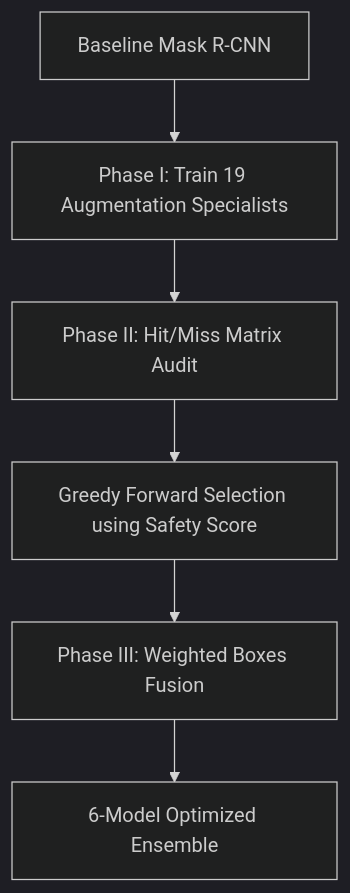
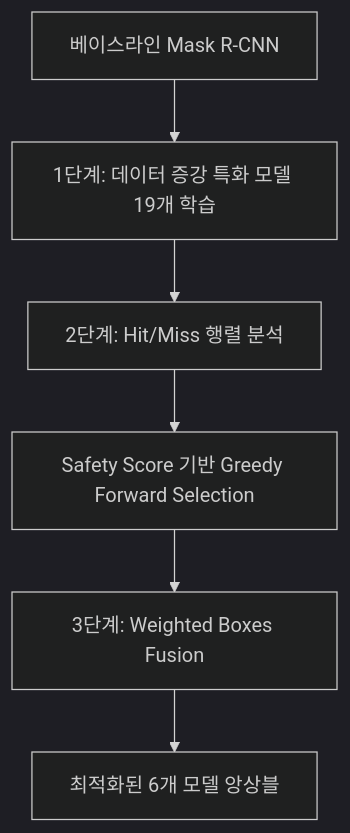
Before and after one commit to AlexL71/dadaboev-portfolio: the diagram in src/pages/ko/research-and-projects/amorphous-bottleneck.md, drawn with Mermaid (dark theme). The commit also changed other lines of this file and 27 other files, not shown here.

````diff
--- a/src/pages/ko/research-and-projects/amorphous-bottleneck.md
+++ b/src/pages/ko/research-and-projects/amorphous-bottleneck.md
@@ -51,8 +53,8 @@
 ```mermaid
 graph TD
-    A[Baseline Mask R-CNN] --> B[Phase I: Train 19 Augmentation Specialists]
-    B --> C[Phase II: Hit/Miss Matrix Audit]
-    C --> D[Greedy Forward Selection using Safety Score]
-    D --> E[Phase III: Weighted Boxes Fusion]
-    E --> F[6-Model Optimized Ensemble]
+    A[베이스라인 Mask R-CNN] --> B[1단계: 데이터 증강 특화 모델 19개 학습]
+    B --> C[2단계: Hit/Miss 행렬 분석]
+    C --> D[Safety Score 기반 Greedy Forward Selection]
+    D --> E[3단계: Weighted Boxes Fusion]
+    E --> F[최적화된 6개 모델 앙상블]
 ```
````
